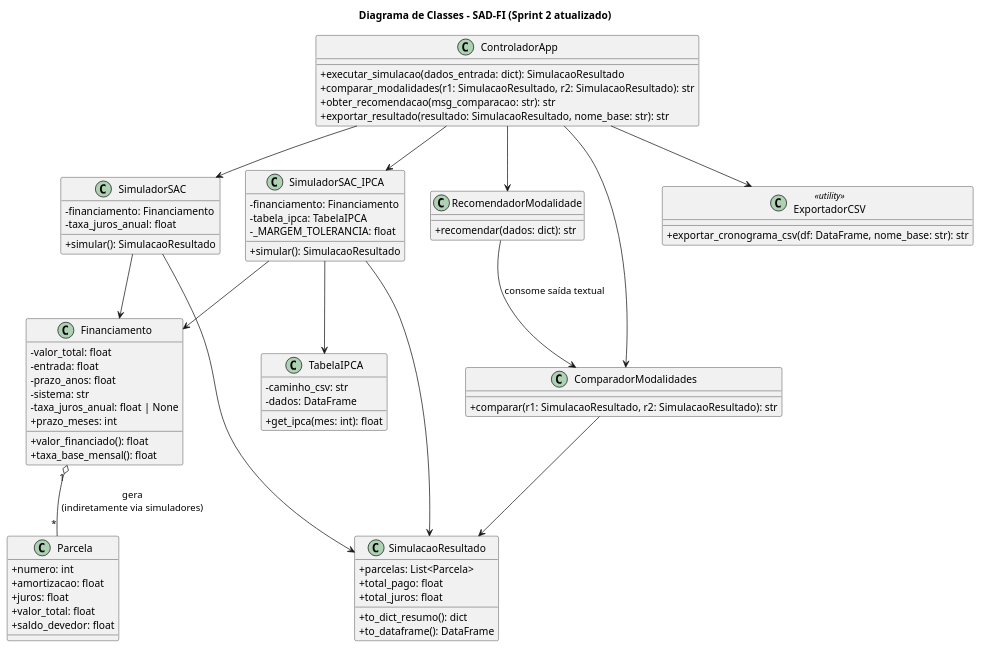
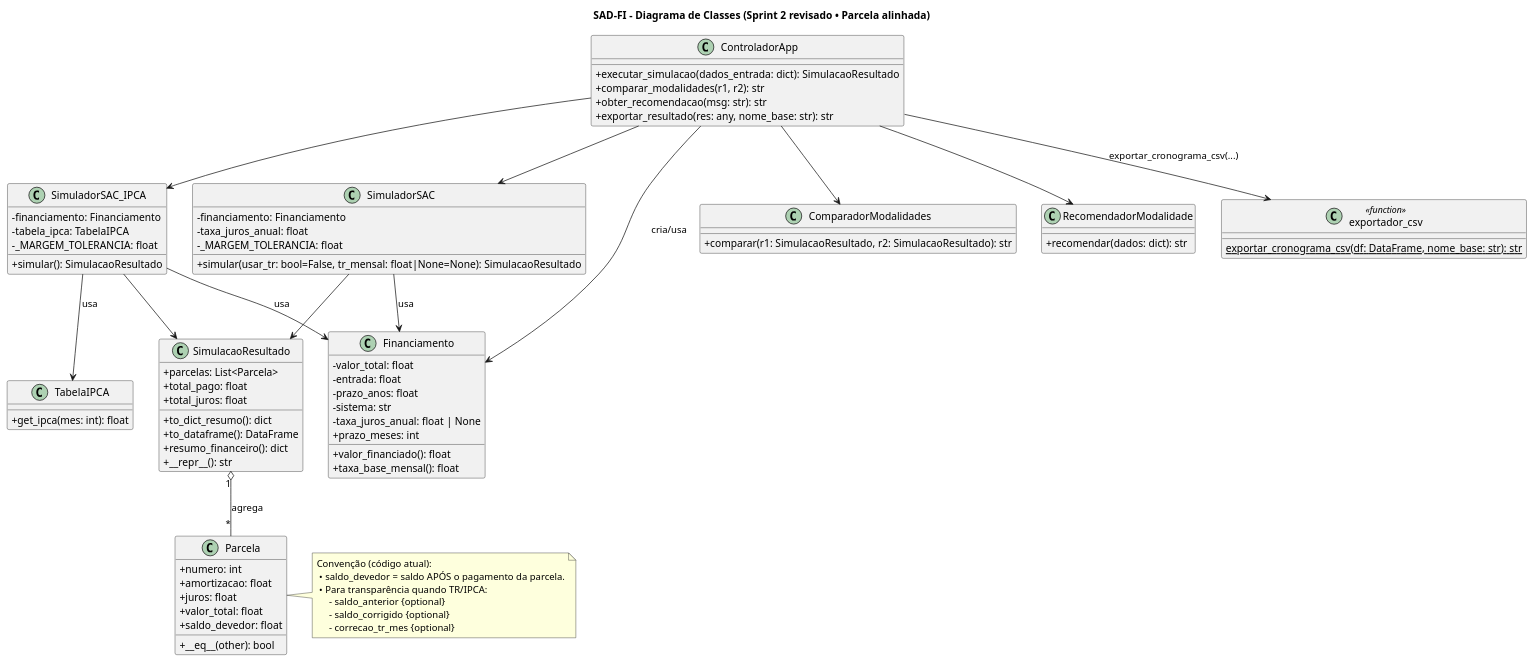
The diagram in docs/classes.puml (edinaldormj/SAD-FI), drawn with PlantUML before and after one commit. The commit also changed 9 other files, not shown here.

```diff
--- a/docs/classes.puml
+++ b/docs/classes.puml
@@ -1,90 +2,98 @@
 @startuml
-title Diagrama de Classes – SAD-FI (Sprint 2 atualizado)
+title SAD-FI – Diagrama de Classes (Sprint 2 revisado • Parcela alinhada)
 
 skinparam defaultFontName "Arial"
 skinparam classAttributeIconSize 0
 
 class Financiamento {
   - valor_total: float
   - entrada: float
   - prazo_anos: float
   - sistema: str
   - taxa_juros_anual: float | None
   + prazo_meses: int
   + valor_financiado(): float
   + taxa_base_mensal(): float
 }
 
 class Parcela {
   + numero: int
   + amortizacao: float
   + juros: float
   + valor_total: float
   + saldo_devedor: float
+  + __eq__(other): bool
 }
+note right of Parcela
+  Convenção (código atual):
+   • saldo_devedor = saldo APÓS o pagamento da parcela.
+   • Para transparência quando TR/IPCA:
+       - saldo_anterior {optional}
+       - saldo_corrigido {optional}
+       - correcao_tr_mes {optional}
+end note
 
 class SimulacaoResultado {
   + parcelas: List<Parcela>
   + total_pago: float
   + total_juros: float
   + to_dict_resumo(): dict
   + to_dataframe(): DataFrame
+  + resumo_financeiro(): dict
+  + __repr__(): str
 }
 
 class SimuladorSAC {
   - financiamento: Financiamento
   - taxa_juros_anual: float
-  + simular(): SimulacaoResultado
-}
-
-class TabelaIPCA {
-  - caminho_csv: str
-  - dados: DataFrame
-  + get_ipca(mes: int): float
+  - _MARGEM_TOLERANCIA: float
+  + simular(usar_tr: bool=False, tr_mensal: float|None=None): SimulacaoResultado
 }
 
 class SimuladorSAC_IPCA {
   - financiamento: Financiamento
   - tabela_ipca: TabelaIPCA
   - _MARGEM_TOLERANCIA: float
   + simular(): SimulacaoResultado
 }
 
 class ComparadorModalidades {
   + comparar(r1: SimulacaoResultado, r2: SimulacaoResultado): str
 }
 
 class RecomendadorModalidade {
   + recomendar(dados: dict): str
 }
 
 class ControladorApp {
   + executar_simulacao(dados_entrada: dict): SimulacaoResultado
-  + comparar_modalidades(r1: SimulacaoResultado, r2: SimulacaoResultado): str
-  + obter_recomendacao(msg_comparacao: str): str
-  + exportar_resultado(resultado: SimulacaoResultado, nome_base: str): str
+  + comparar_modalidades(r1, r2): str
+  + obter_recomendacao(msg: str): str
+  + exportar_resultado(res: any, nome_base: str): str
 }
 
-' Módulo/função de infra (representado como class estática)
-class ExportadorCSV <<utility>> {
-  + exportar_cronograma_csv(df: DataFrame, nome_base: str): str
+class TabelaIPCA {
+  + get_ipca(mes: int): float
 }
 
-' ===================== RELACIONAMENTOS =====================
-Financiamento "1" o-- "*" Parcela : gera\n(indiretamente via simuladores)
-SimuladorSAC --> Financiamento
-SimuladorSAC_IPCA --> Financiamento
-SimuladorSAC_IPCA --> TabelaIPCA
+class exportador_csv <<function>> {
+  {static} exportar_cronograma_csv(df: DataFrame, nome_base: str): str
+}
+
+SimulacaoResultado "1" o-- "*" Parcela : agrega
+
+SimuladorSAC --> Financiamento : usa
+SimuladorSAC_IPCA --> Financiamento : usa
+
 SimuladorSAC --> SimulacaoResultado
 SimuladorSAC_IPCA --> SimulacaoResultado
+SimuladorSAC_IPCA --> TabelaIPCA : usa
 
-ComparadorModalidades --> SimulacaoResultado
-RecomendadorModalidade --> ComparadorModalidades : consome saída textual
-
+ControladorApp --> Financiamento : cria/usa
 ControladorApp --> SimuladorSAC
 ControladorApp --> SimuladorSAC_IPCA
 ControladorApp --> ComparadorModalidades
 ControladorApp --> RecomendadorModalidade
-ControladorApp --> ExportadorCSV
+ControladorApp --> exportador_csv : exportar_cronograma_csv(...)
 
 @enduml
```
